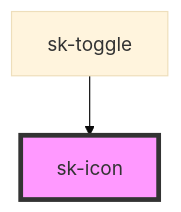
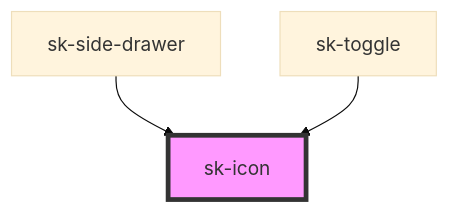
The diagram in web-components-stencil/src/components/sk-icon/readme.md (shincke/sk-toolkit), drawn with Mermaid (base theme) before and after one commit. The commit also changed other lines of this file and 28 other files, not shown here.

````diff
--- a/web-components-stencil/src/components/sk-icon/readme.md
+++ b/web-components-stencil/src/components/sk-icon/readme.md
@@ -31,5 +32,6 @@
 ```mermaid
 graph TD;
+  sk-side-drawer --> sk-icon
   sk-toggle --> sk-icon
   style sk-icon fill:#f9f,stroke:#333,stroke-width:4px
 ```
````
